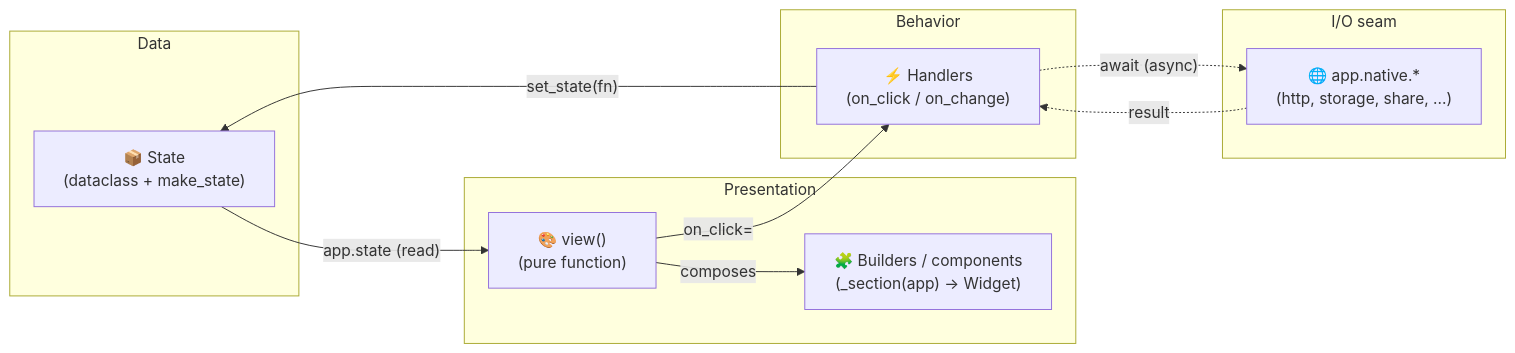
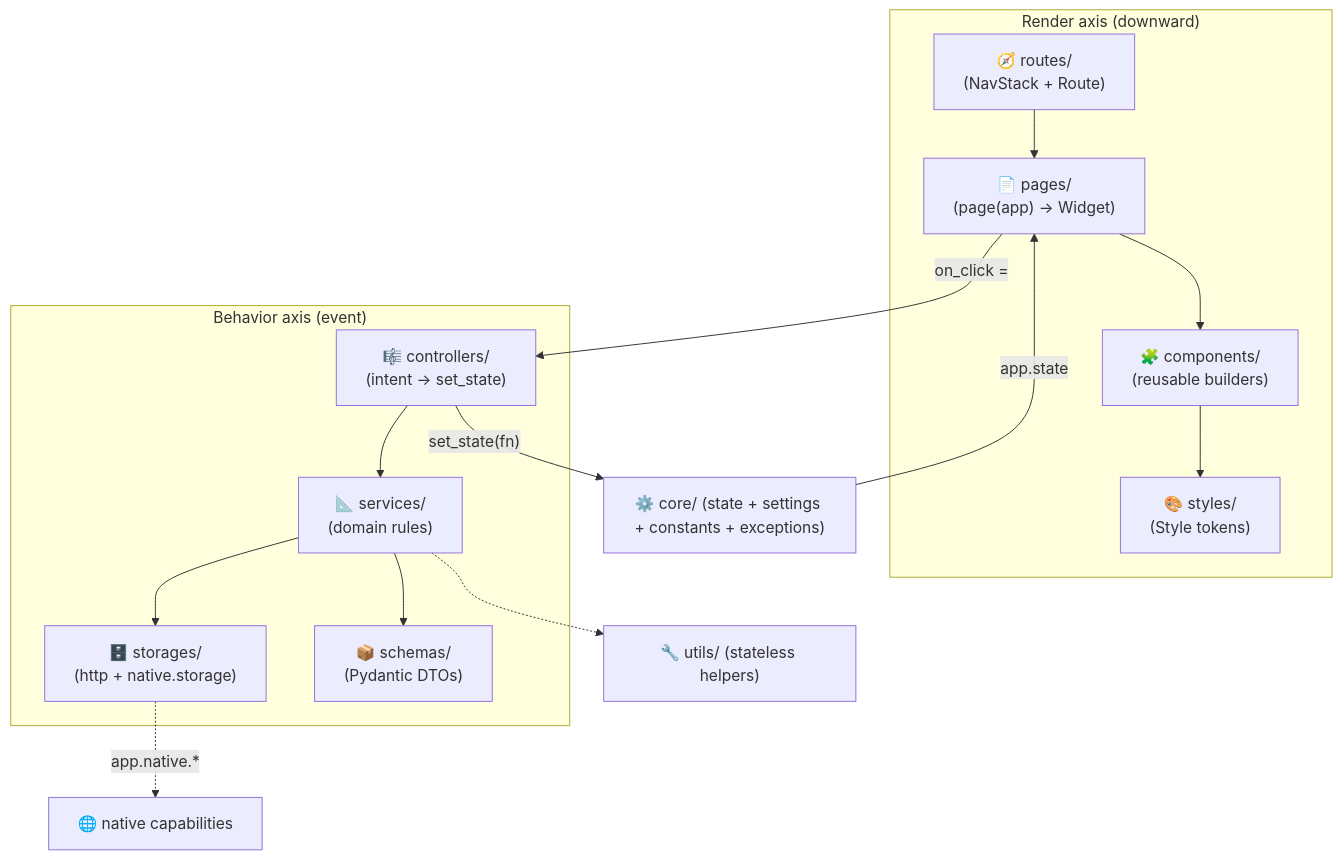
One commit to mauriciobenjamin700/tempestweb changed the diagram in docs/best-practices.en.md. Above: the diagram before and after it, drawn with Mermaid. The commit also changed other lines of this file and 1 other file, not shown here.

First line of the commit message:
docs: expand best-practices into full layered app architecture

````diff
--- a/docs/best-practices.en.md
+++ b/docs/best-practices.en.md
@@ -22,23 +24,21 @@
 ```mermaid
-flowchart LR
-    subgraph Data
-        State["📦 State\n(dataclass + make_state)"]
+flowchart TD
+    subgraph Render["Render axis (downward)"]
+        Routes["🧭 routes/\n(NavStack + Route)"] --> Pages["📄 pages/\n(page(app) -> Widget)"]
+        Pages --> Components["🧩 components/\n(reusable builders)"]
+        Components --> Styles["🎨 styles/\n(Style tokens)"]
     end
-    subgraph Presentation
-        View["🎨 view()\n(pure function)"]
-        Comp["🧩 Builders / components\n(_section(app) -> Widget)"]
+    subgraph Behavior["Behavior axis (event)"]
+        Ctl["🎼 controllers/\n(intent -> set_state)"] --> Svc["📐 services/\n(domain rules)"]
+        Svc --> Sto["🗄️ storages/\n(http + native.storage)"]
+        Svc --> Sch["📦 schemas/\n(Pydantic DTOs)"]
     end
-    subgraph Behavior
-        Handler["⚡ Handlers\n(on_click / on_change)"]
-    end
-    subgraph "I/O seam"
-        Native["🌐 app.native.*\n(http, storage, share, ...)"]
-    end
+    Core["⚙️ core/ (state + settings + constants + exceptions)"]
+    Utils["🔧 utils/ (stateless helpers)"]
 
-    State -->|"app.state (read)"| View
-    View -->|composes| Comp
-    View -->|"on_click="| Handler
-    Handler -->|"set_state(fn)"| State
-    Handler -.->|"await (async)"| Native
-    Native -.->|result| Handler
+    Pages -->|"on_click ="| Ctl
+    Ctl -->|"set_state(fn)"| Core
+    Core -->|"app.state"| Pages
+    Sto -.->|"app.native.*"| Native["🌐 native capabilities"]
+    Svc -.-> Utils
 ```
````
